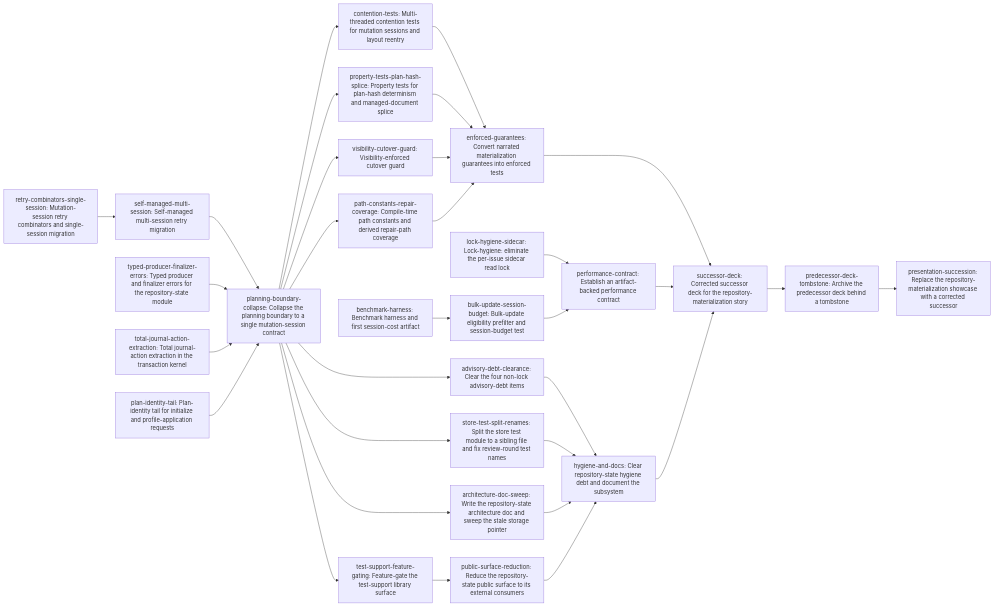
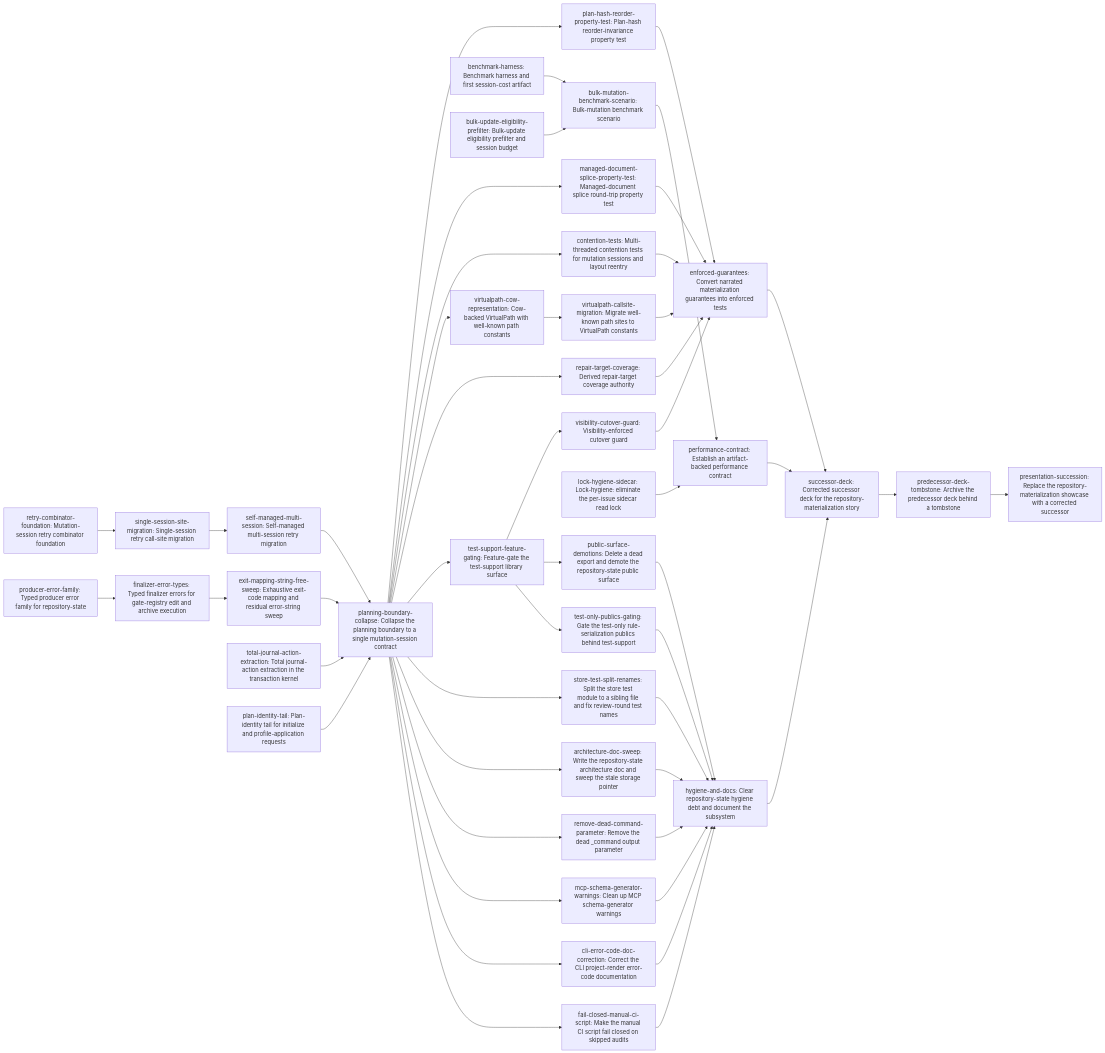
The second of 2 diagrams in dev/active/1cc809de-plan.md (erankavija/just-in-time), drawn with Mermaid before and after one commit. The commit also changed other lines of this file and 50 other files, not shown here.

First line of the commit message:
jit:24bab642 replace breakdown with native 35-entry manifest graph

````diff
--- a/dev/active/1cc809de-plan.md
+++ b/dev/active/1cc809de-plan.md
@@ -230,53 +232,81 @@
     N2["performance-contract: Establish an artifact-backed performance contract"]
     N3["hygiene-and-docs: Clear repository-state hygiene debt and document the subsystem"]
     N4["presentation-succession: Replace the repository-materialization showcase with a corrected successor"]
-    N5["retry-combinators-single-session: Mutation-session retry combinators and single-session migration"]
-    N6["self-managed-multi-session: Self-managed multi-session retry migration"]
-    N7["typed-producer-finalizer-errors: Typed producer and finalizer errors for the repository-state module"]
-    N8["total-journal-action-extraction: Total journal-action extraction in the transaction kernel"]
-    N9["plan-identity-tail: Plan-identity tail for initialize and profile-application requests"]
-    N10["property-tests-plan-hash-splice: Property tests for plan-hash determinism and managed-document splice"]
-    N11["visibility-cutover-guard: Visibility-enforced cutover guard"]
-    N12["contention-tests: Multi-threaded contention tests for mutation sessions and layout reentry"]
-    N13["path-constants-repair-coverage: Compile-time path constants and derived repair-path coverage"]
-    N14["benchmark-harness: Benchmark harness and first session-cost artifact"]
-    N15["bulk-update-session-budget: Bulk-update eligibility prefilter and session-budget test"]
-    N16["lock-hygiene-sidecar: Lock-hygiene: eliminate the per-issue sidecar read lock"]
-    N17["test-support-feature-gating: Feature-gate the test-support library surface"]
-    N18["public-surface-reduction: Reduce the repository-state public surface to its external consumers"]
-    N19["store-test-split-renames: Split the store test module to a sibling file and fix review-round test names"]
-    N20["architecture-doc-sweep: Write the repository-state architecture doc and sweep the stale storage pointer"]
-    N21["advisory-debt-clearance: Clear the four non-lock advisory-debt items"]
-    N22["successor-deck: Corrected successor deck for the repository-materialization story"]
-    N23["predecessor-deck-tombstone: Archive the predecessor deck behind a tombstone"]
-    N6 --> N0
+    N5["retry-combinator-foundation: Mutation-session retry combinator foundation"]
+    N6["single-session-site-migration: Single-session retry call-site migration"]
+    N7["self-managed-multi-session: Self-managed multi-session retry migration"]
+    N8["producer-error-family: Typed producer error family for repository-state"]
+    N9["finalizer-error-types: Typed finalizer errors for gate-registry edit and archive execution"]
+    N10["exit-mapping-string-free-sweep: Exhaustive exit-code mapping and residual error-string sweep"]
+    N11["total-journal-action-extraction: Total journal-action extraction in the transaction kernel"]
+    N12["plan-identity-tail: Plan-identity tail for initialize and profile-application requests"]
+    N13["plan-hash-reorder-property-test: Plan-hash reorder-invariance property test"]
+    N14["managed-document-splice-property-test: Managed-document splice round-trip property test"]
+    N15["visibility-cutover-guard: Visibility-enforced cutover guard"]
+    N16["contention-tests: Multi-threaded contention tests for mutation sessions and layout reentry"]
+    N17["virtualpath-cow-representation: Cow-backed VirtualPath with well-known path constants"]
+    N18["virtualpath-callsite-migration: Migrate well-known path sites to VirtualPath constants"]
+    N19["repair-target-coverage: Derived repair-target coverage authority"]
+    N20["benchmark-harness: Benchmark harness and first session-cost artifact"]
+    N21["bulk-update-eligibility-prefilter: Bulk-update eligibility prefilter and session budget"]
+    N22["bulk-mutation-benchmark-scenario: Bulk-mutation benchmark scenario"]
+    N23["lock-hygiene-sidecar: Lock-hygiene: eliminate the per-issue sidecar read lock"]
+    N24["test-support-feature-gating: Feature-gate the test-support library surface"]
+    N25["public-surface-demotions: Delete a dead export and demote the repository-state public surface"]
+    N26["test-only-publics-gating: Gate the test-only rule-serialization publics behind test-support"]
+    N27["store-test-split-renames: Split the store test module to a sibling file and fix review-round test names"]
+    N28["architecture-doc-sweep: Write the repository-state architecture doc and sweep the stale storage pointer"]
+    N29["remove-dead-command-parameter: Remove the dead _command output parameter"]
+    N30["mcp-schema-generator-warnings: Clean up MCP schema-generator warnings"]
+    N31["cli-error-code-doc-correction: Correct the CLI project-render error-code documentation"]
+    N32["fail-closed-manual-ci-script: Make the manual CI script fail closed on skipped audits"]
+    N33["successor-deck: Corrected successor deck for the repository-materialization story"]
+    N34["predecessor-deck-tombstone: Archive the predecessor deck behind a tombstone"]
     N7 --> N0
-    N8 --> N0
-    N9 --> N0
-    N12 --> N1
-    N10 --> N1
-    N11 --> N1
+    N10 --> N0
+    N11 --> N0
+    N12 --> N0
     N13 --> N1
-    N16 --> N2
-    N15 --> N2
-    N21 --> N3
-    N19 --> N3
-    N20 --> N3
-    N18 --> N3
-    N23 --> N4
+    N14 --> N1
+    N15 --> N1
+    N16 --> N1
+    N18 --> N1
+    N19 --> N1
+    N23 --> N2
+    N22 --> N2
+    N25 --> N3
+    N26 --> N3
+    N27 --> N3
+    N28 --> N3
+    N29 --> N3
+    N30 --> N3
+    N31 --> N3
+    N32 --> N3
+    N34 --> N4
     N5 --> N6
-    N0 --> N10
-    N0 --> N11
-    N0 --> N12
+    N6 --> N7
+    N8 --> N9
+    N9 --> N10
     N0 --> N13
-    N14 --> N15
+    N0 --> N14
+    N24 --> N15
+    N0 --> N16
     N0 --> N17
     N17 --> N18
     N0 --> N19
-    N0 --> N20
-    N0 --> N21
-    N1 --> N22
-    N2 --> N22
-    N3 --> N22
-    N22 --> N23
+    N20 --> N22
+    N21 --> N22
+    N0 --> N24
+    N24 --> N25
+    N24 --> N26
+    N0 --> N27
+    N0 --> N28
+    N0 --> N29
+    N0 --> N30
+    N0 --> N31
+    N0 --> N32
+    N1 --> N33
+    N2 --> N33
+    N3 --> N33
+    N33 --> N34
 ```
````
